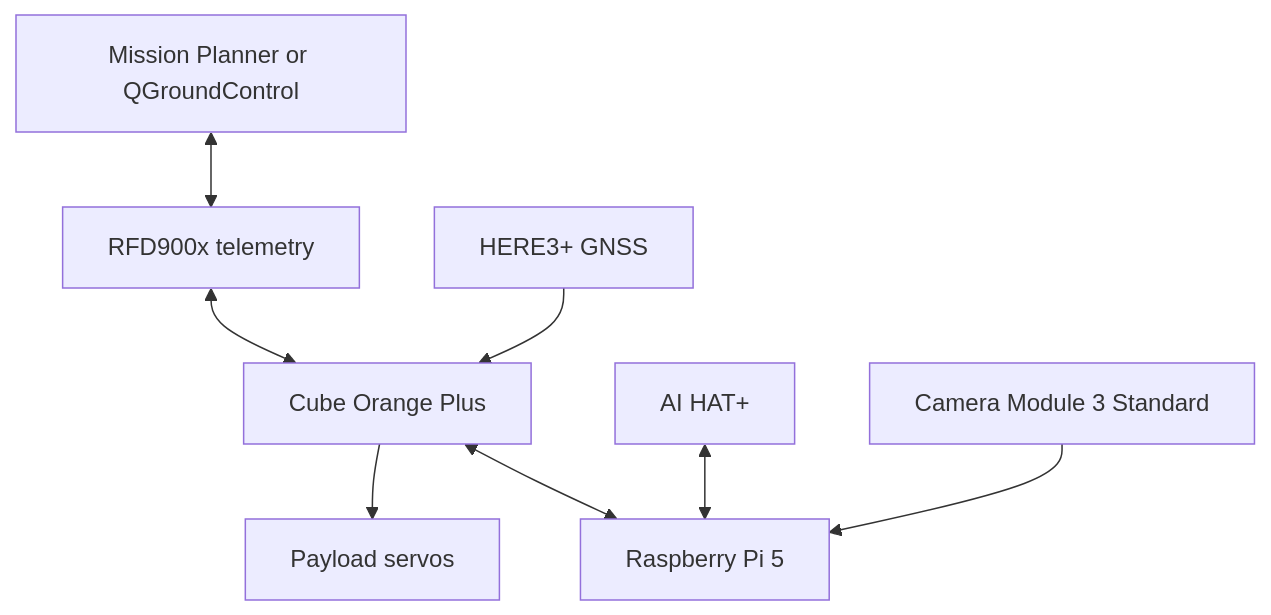
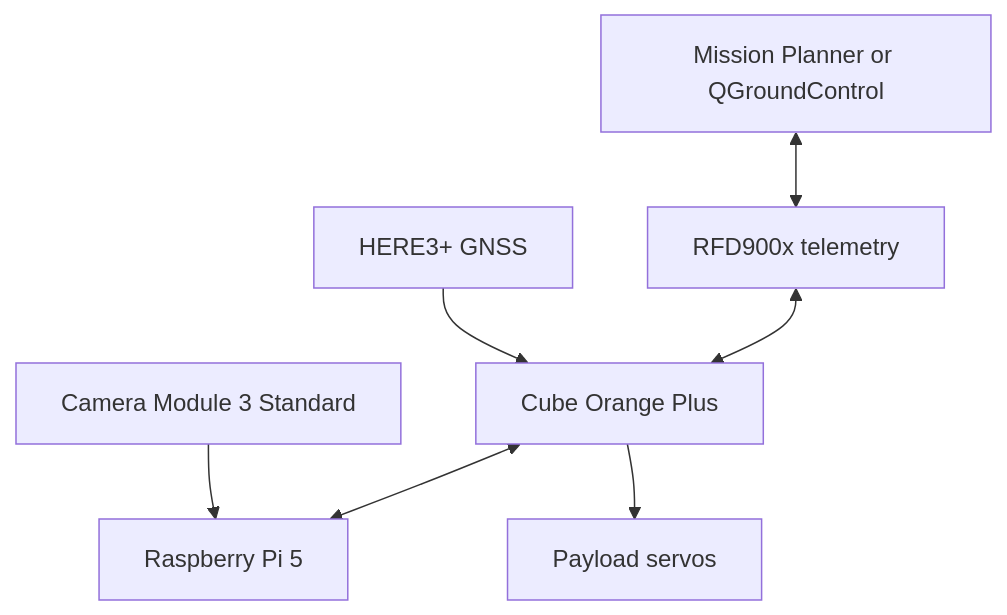
One commit to ABDULRAHMAN-ALSAADI/wd-drone-autonomous-mission changed the diagram in docs/ARCHITECTURE.md. Above: the diagram before and after it, drawn with Mermaid. The commit also changed 20 other files, not shown here.

````diff
--- a/docs/ARCHITECTURE.md
+++ b/docs/ARCHITECTURE.md
@@ -3,19 +3,17 @@
 ```mermaid
 flowchart TD
     GCS[Mission Planner or QGroundControl]
     RFD[RFD900x telemetry]
     CUBE[Cube Orange Plus]
     PI[Raspberry Pi 5]
-    HAILO[AI HAT+]
     CAM[Camera Module 3 Standard]
     PAYLOAD[Payload servos]
     GPS[HERE3+ GNSS]
 
     GCS <--> RFD
     RFD <--> CUBE
     GPS --> CUBE
     CUBE <--> PI
     CAM --> PI
-    HAILO <--> PI
     CUBE --> PAYLOAD
 ```
````
